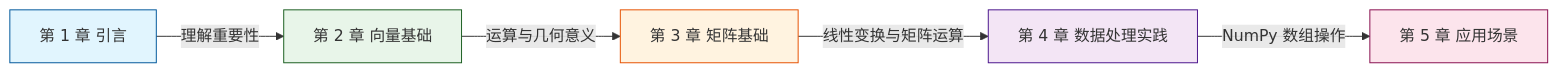
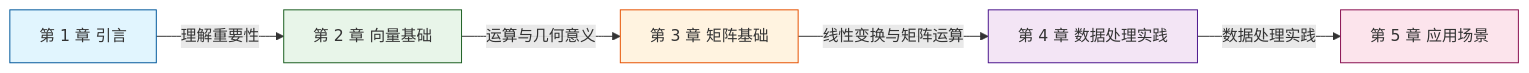
The diagram in docs/maths/linear/introduction.md (fenixsoft/ideaspaces), drawn with Mermaid before and after one commit. The commit also changed other lines of this file and 39 other files, not shown here.

````diff
--- a/docs/maths/linear/introduction.md
+++ b/docs/maths/linear/introduction.md
@@ -96,19 +96,19 @@
 ```mermaid
 graph LR
     A[第 1 章 引言] -->|理解重要性| B[第 2 章 向量基础]
     B -->|运算与几何意义| C[第 3 章 矩阵基础]
     C -->|线性变换与矩阵运算| D[第 4 章 数据处理实践]
-    D -->|NumPy 数组操作| E[第 5 章 应用场景]
+    D -->|数据处理实践| E[第 5 章 应用场景]
 
     classDef styleA fill:#e1f5fe,stroke:#01579b
     classDef styleB fill:#e8f5e9,stroke:#1b5e20
     classDef styleC fill:#fff3e0,stroke:#e65100
     classDef styleD fill:#f3e5f5,stroke:#4a148c
     classDef styleE fill:#fce4ec,stroke:#880e4f
 
     class A styleA
     class B styleB
     class C styleC
     class D styleD
     class E styleE
 ```
````
